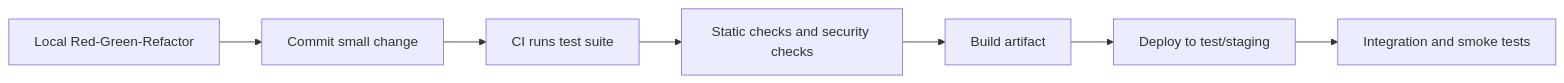
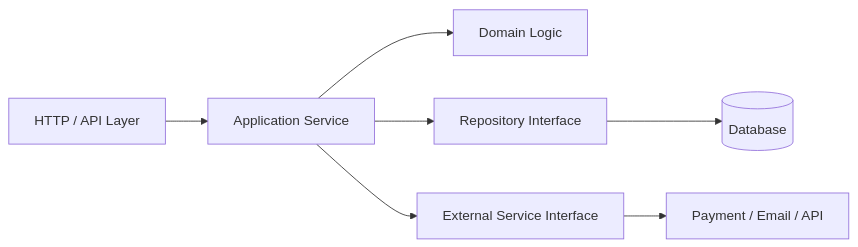
Before and after one commit to AvadhBhalodiya/Interview-Preparation: the third of 4 diagrams in src/content/testing/tdd.md, drawn with Mermaid. The commit also changed other lines of this file and 54 other files, not shown here.

````diff
--- a/src/content/testing/tdd.md
+++ b/src/content/testing/tdd.md
@@ -782,9 +413,9 @@
 ```mermaid
 flowchart LR
-    A[Local Red-Green-Refactor] --> B[Commit small change]
-    B --> C[CI runs test suite]
-    C --> D[Static checks and security checks]
-    D --> E[Build artifact]
-    E --> F[Deploy to test/staging]
-    F --> G[Integration and smoke tests]
+    API[HTTP / API Layer] --> APP[Application Service]
+    APP --> DOMAIN[Domain Logic]
+    APP --> REPO[Repository Interface]
+    APP --> EXT[External Service Interface]
+    REPO --> DB[(Database)]
+    EXT --> PROVIDER[Payment / Email / API]
 ```
````
